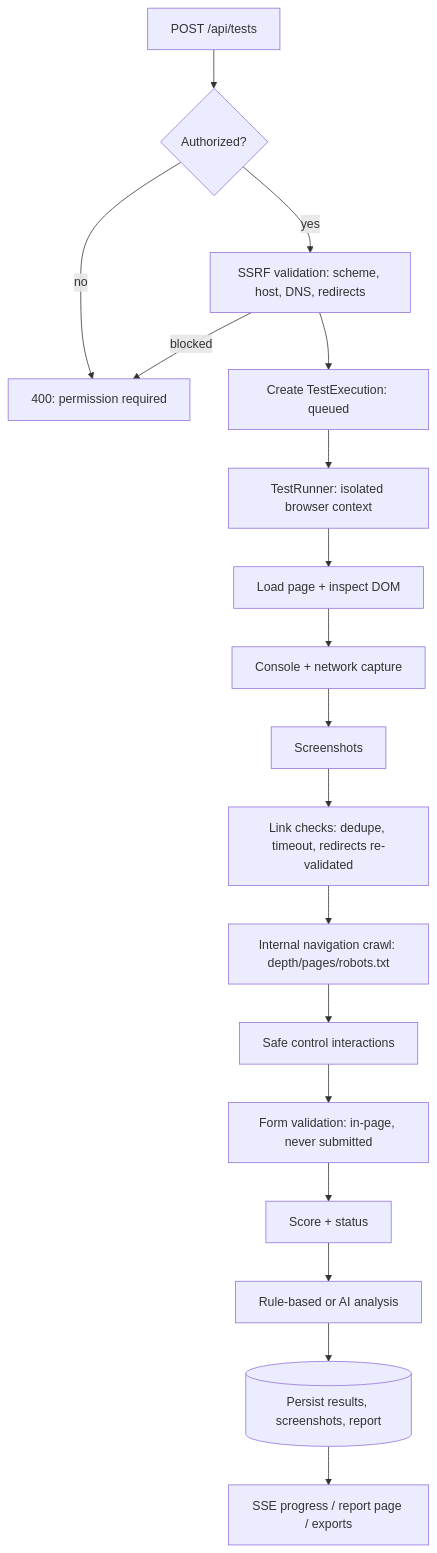
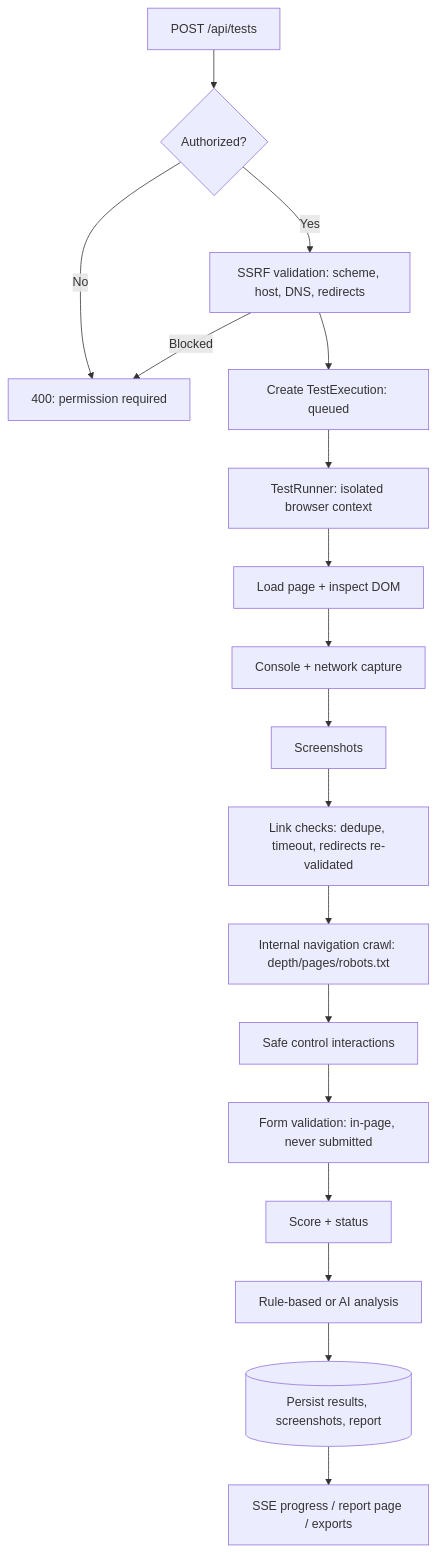
The second of 2 diagrams in README.md (samififteen/Website-testpilot), drawn with Mermaid before and after one commit. The commit also changed other lines of this file, not shown here.

````diff
--- a/README.md
+++ b/README.md
@@ -135,20 +117,20 @@
 ```mermaid
 flowchart TD
     A[POST /api/tests] --> B{Authorized?}
-    B -- no --> X[400: permission required]
-    B -- yes --> C[SSRF validation: scheme, host, DNS, redirects]
-    C -->|blocked| X
+    B -- No --> X[400: permission required]
+    B -- Yes --> C[SSRF validation: scheme, host, DNS, redirects]
+    C -->|Blocked| X
     C --> D[Create TestExecution: queued]
     D --> E[TestRunner: isolated browser context]
     E --> F[Load page + inspect DOM]
     F --> G[Console + network capture]
     G --> H[Screenshots]
     H --> I[Link checks: dedupe, timeout, redirects re-validated]
     I --> J[Internal navigation crawl: depth/pages/robots.txt]
     J --> K[Safe control interactions]
     K --> L[Form validation: in-page, never submitted]
     L --> M[Score + status]
     M --> N[Rule-based or AI analysis]
     N --> O[(Persist results, screenshots, report)]
     O --> P[SSE progress / report page / exports]
 ```
````
